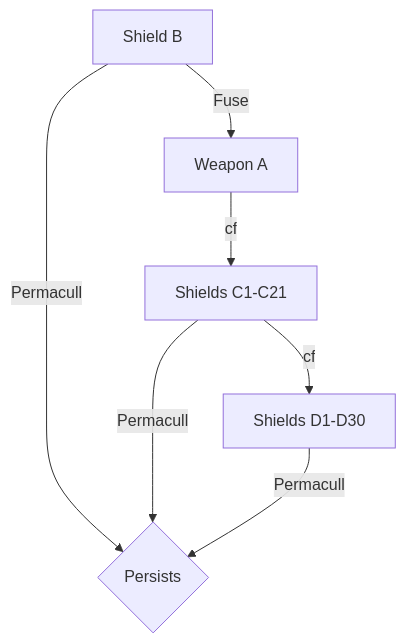
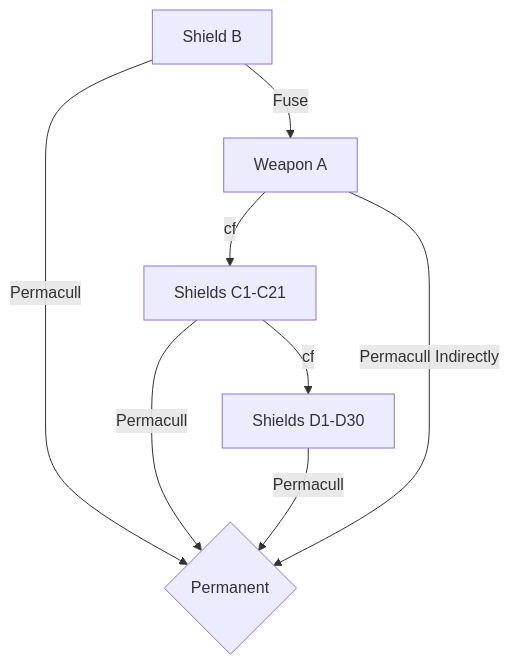
The seventh of 7 diagrams in docs/wiki/_wip/sfo-nesting-test.md (BKMzero/ultrabroken-documentation), drawn with Mermaid before and after one commit. The commit also changed other lines of this file, not shown here.

````diff
--- a/docs/wiki/_wip/sfo-nesting-test.md
+++ b/docs/wiki/_wip/sfo-nesting-test.md
@@ -489,9 +542,10 @@
-                ```mermaid
-                graph TD
-                    A[Shield B] -->|Fuse| B[Weapon A]
-                    B -->|cf| C[Shields C1-C21]
-                    C -->|cf| D[Shields D1-D30]
-                    A -->|Permacull| E{Persists}
-                    C -->|Permacull| E
-                    D -->|Permacull| E
-                ```
+            ```mermaid
+            graph TD
+                A[Shield B] -->|Fuse| B[Weapon A]
+                B -->|cf| C[Shields C1-C21]
+                C -->|cf| D[Shields D1-D30]
+                A -->|Permacull| E{Permanent}
+                C -->|Permacull| E
+                D -->|Permacull| E
+                B -->|Permacull Indirectly| E
+            ```
````
